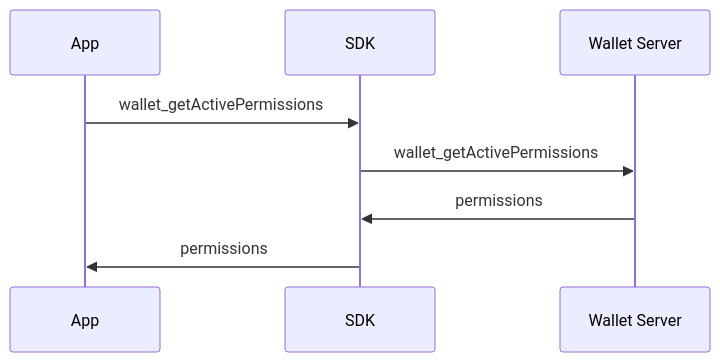
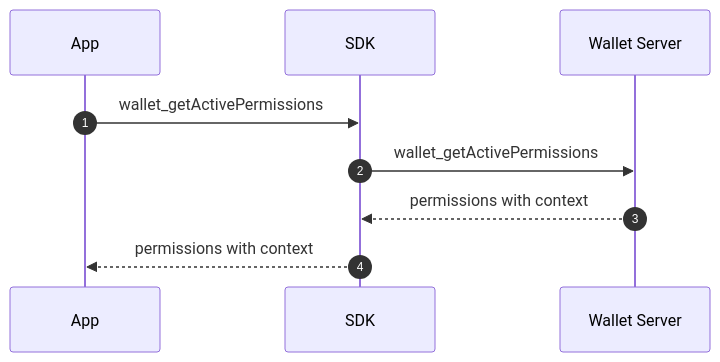
Before and after one commit to coinbase/smart-wallet-permissions: the diagram in docs/diagrams/getActivePermissions.md, drawn with Mermaid. The commit also changed 3 other files, not shown here.

Commit message:
Clean diagrams

````diff
--- a/docs/diagrams/getActivePermissions.md
+++ b/docs/diagrams/getActivePermissions.md
@@ -3,7 +3,12 @@
 ```mermaid
 sequenceDiagram
-    App->>SDK: wallet_getActivePermissions
-    SDK->>Wallet Server: wallet_getActivePermissions
-    Wallet Server->>SDK: permissions
-    SDK->>App: permissions
+    autonumber
+    participant A as App
+    participant SDK as SDK
+    participant WS as Wallet Server
+
+    A->>SDK: wallet_getActivePermissions
+    SDK->>WS: wallet_getActivePermissions
+    WS-->>SDK: permissions with context
+    SDK-->>A: permissions with context
 ```
````
